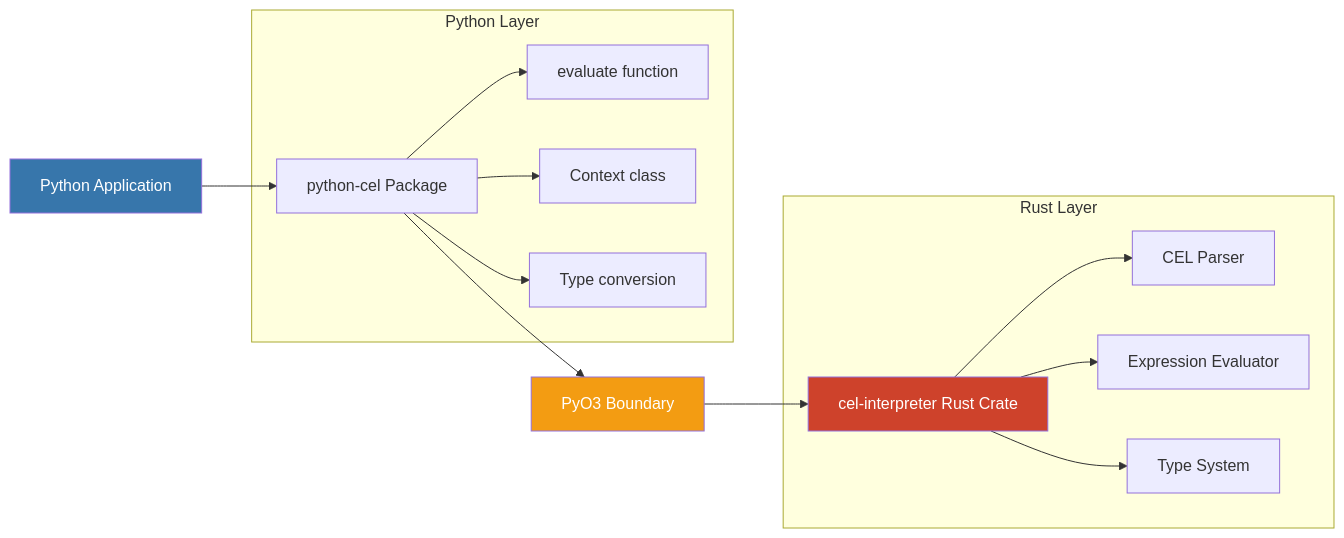
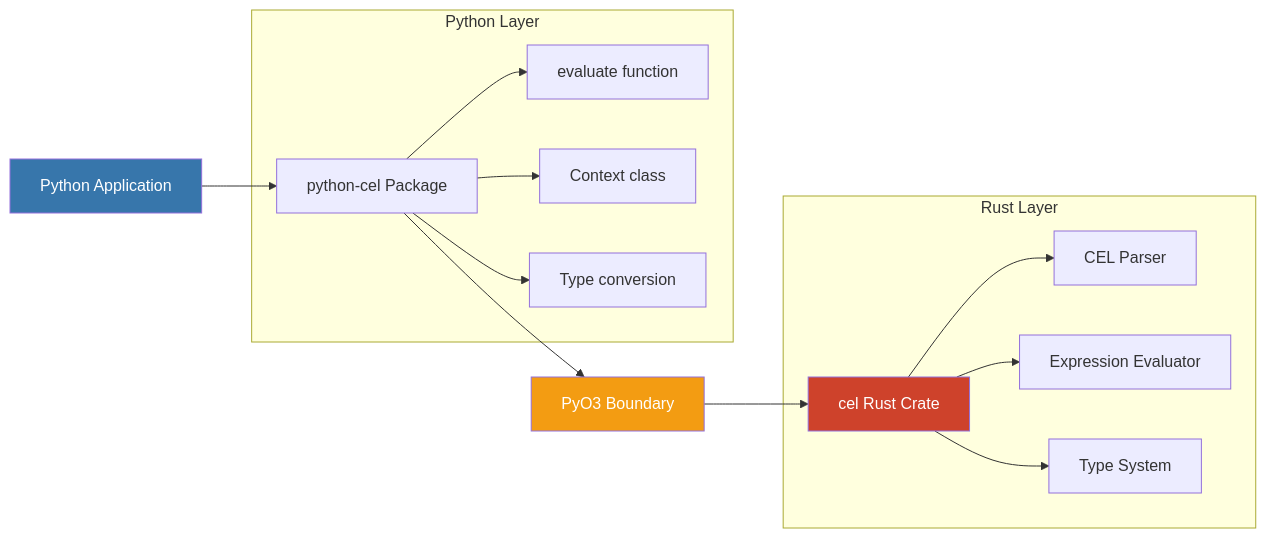
Before and after one commit to hardbyte/python-common-expression-language: the diagram in docs/index.md, drawn with Mermaid. The commit also changed other lines of this file and 15 other files, not shown here.

First line of the commit message:
Update CEL crate to v0.11.0 and enhance documentation (#7)

````diff
--- a/docs/index.md
+++ b/docs/index.md
@@ -113,31 +116,31 @@
 ```mermaid
 graph LR
     A[Python Application] --> B[python-cel Package]
     B --> C[PyO3 Boundary]
-    C --> D[cel-interpreter Rust Crate]
+    C --> D[cel Rust Crate]
     
     subgraph PL ["Python Layer"]
         B
         E[evaluate function]
         F[Context class]
         G[Type conversion]
     end
     
     subgraph RL ["Rust Layer"]
         D
         H[CEL Parser]
         I[Expression Evaluator]
         J[Type System]
     end
     
     B --> E
     B --> F
     B --> G
     D --> H
     D --> I
     D --> J
     
     style A fill:#3776ab,color:#fff
     style D fill:#ce422b,color:#fff
     style C fill:#f39c12,color:#fff
 ```
````
